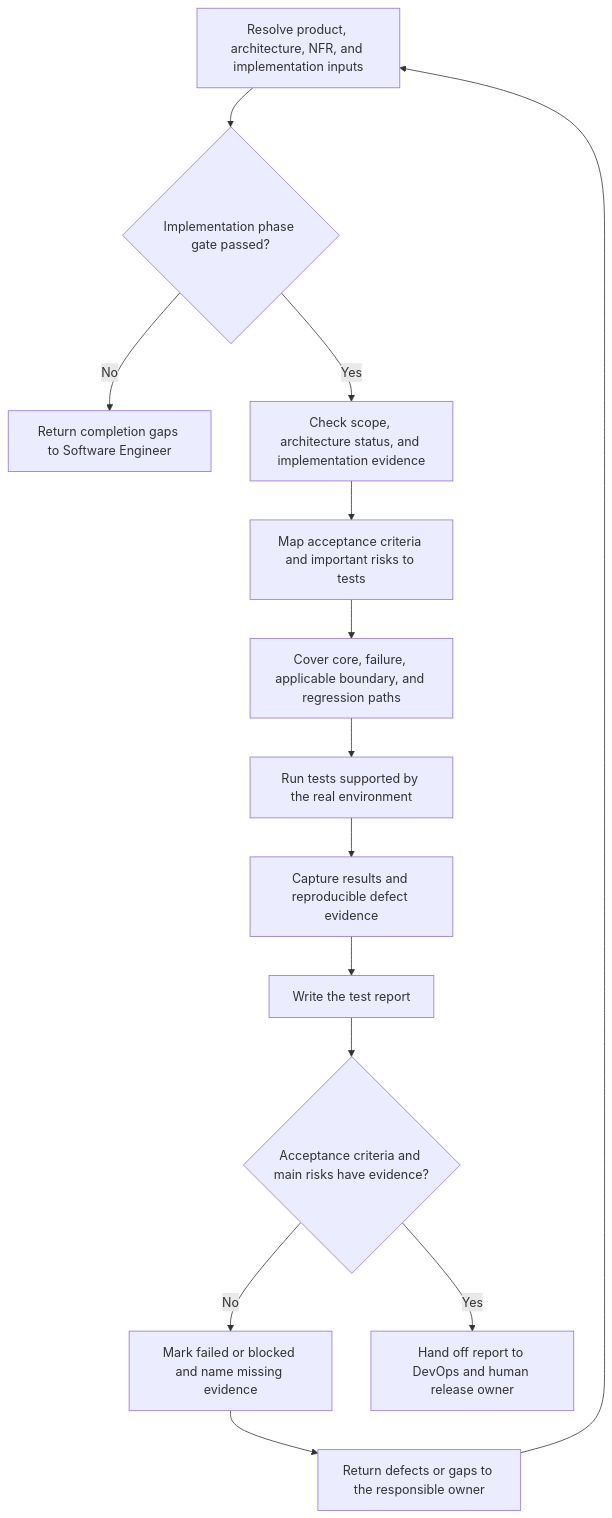
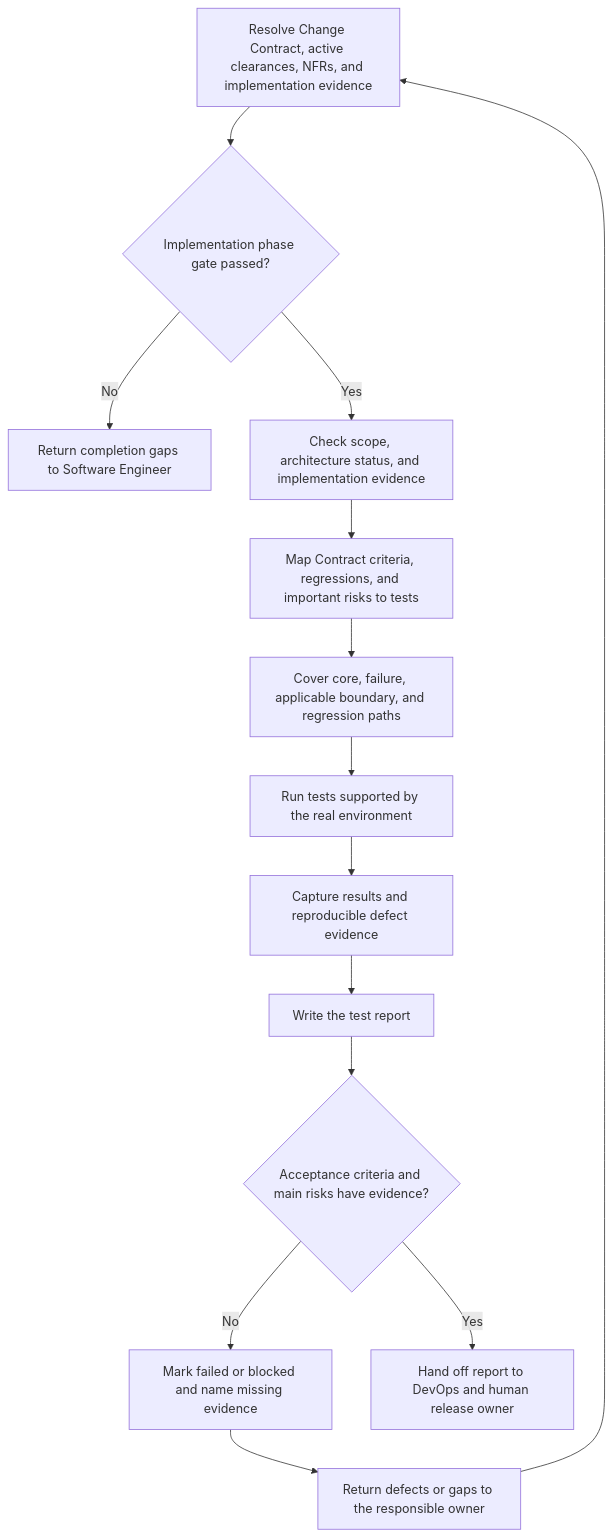
One commit to davych/agents-instruction changed the diagram in guidelines/roles/tester/README.md. Above: the diagram before and after it, drawn with Mermaid. The commit also changed other lines of this file and 87 other files, not shown here.

Commit message:
Add change-aware SDLC routing and architecture rules (#2)

````diff
--- a/guidelines/roles/tester/README.md
+++ b/guidelines/roles/tester/README.md
@@ -47,16 +47,16 @@
 ```mermaid
 flowchart TD
-  Inputs["Resolve product, architecture, NFR, and implementation inputs"] --> ImplementationGate{"Implementation phase gate passed?"}
+  Inputs["Resolve Change Contract, active clearances, NFRs, and implementation evidence"] --> ImplementationGate{"Implementation phase gate passed?"}
   ImplementationGate -->|"No"| ReturnImplementation["Return completion gaps to Software Engineer"]
   ImplementationGate -->|"Yes"| Readiness["Check scope, architecture status, and implementation evidence"]
-  Readiness --> Map["Map acceptance criteria and important risks to tests"]
+  Readiness --> Map["Map Contract criteria, regressions, and important risks to tests"]
   Map --> Coverage["Cover core, failure, applicable boundary, and regression paths"]
   Coverage --> Execute["Run tests supported by the real environment"]
   Execute --> Evidence["Capture results and reproducible defect evidence"]
   Evidence --> Report["Write the test report"]
   Report --> Gate{"Acceptance criteria and main risks have evidence?"}
   Gate -->|"No"| Blocked["Mark failed or blocked and name missing evidence"]
   Blocked --> Return["Return defects or gaps to the responsible owner"]
   Return --> Inputs
   Gate -->|"Yes"| Handoff["Hand off report to DevOps and human release owner"]
 ```
````
